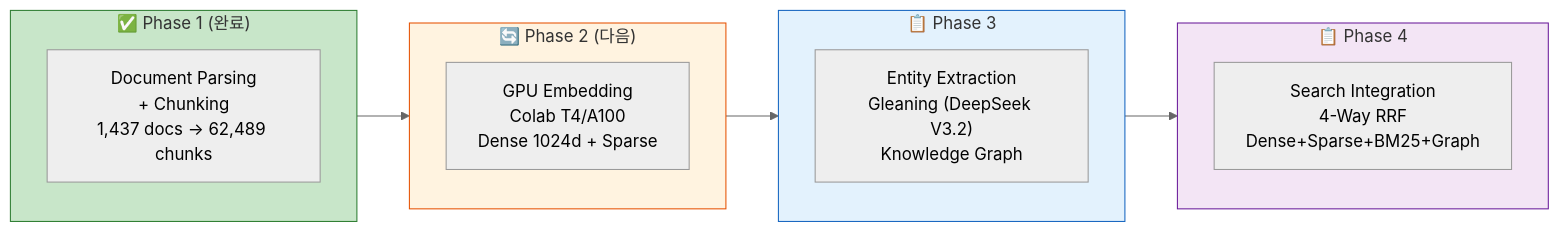
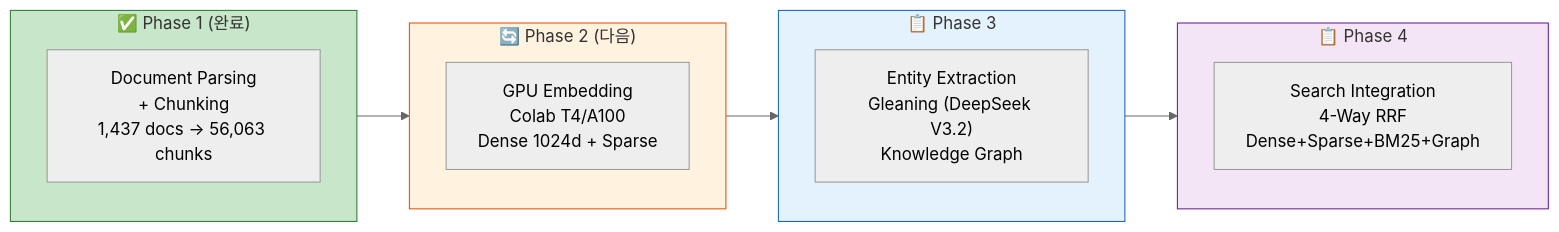
Before and after one commit to k82022603/hybrid-rag-knowledge-ops: diagram 11 of 11 in knowledge_service/docs/07_maintenance/28_etl_phase1_final_report.md, drawn with Mermaid (neutral theme). The commit also changed other lines of this file and 4 other files, not shown here.

````diff
--- a/knowledge_service/docs/07_maintenance/28_etl_phase1_final_report.md
+++ b/knowledge_service/docs/07_maintenance/28_etl_phase1_final_report.md
@@ -388,25 +382,25 @@
 ```mermaid
 flowchart LR
     subgraph Done["✅ Phase 1 (완료)"]
-        P1["Document Parsing<br/>+ Chunking<br/>1,437 docs → 62,489 chunks"]
+        P1["Document Parsing<br/>+ Chunking<br/>1,437 docs → 56,063 chunks"]
     end
 
     subgraph Next["🔄 Phase 2 (다음)"]
         P2["GPU Embedding<br/>Colab T4/A100<br/>Dense 1024d + Sparse"]
     end
 
     subgraph Future1["📋 Phase 3"]
         P3["Entity Extraction<br/>Gleaning (DeepSeek V3.2)<br/>Knowledge Graph"]
     end
 
     subgraph Future2["📋 Phase 4"]
         P4["Search Integration<br/>4-Way RRF<br/>Dense+Sparse+BM25+Graph"]
     end
 
     Done --> Next --> Future1 --> Future2
 
     style Done fill:#c8e6c9,stroke:#2e7d32
     style Next fill:#fff3e0,stroke:#e65100
     style Future1 fill:#e3f2fd,stroke:#1565c0
     style Future2 fill:#f3e5f5,stroke:#6a1b9a
 ```
````
